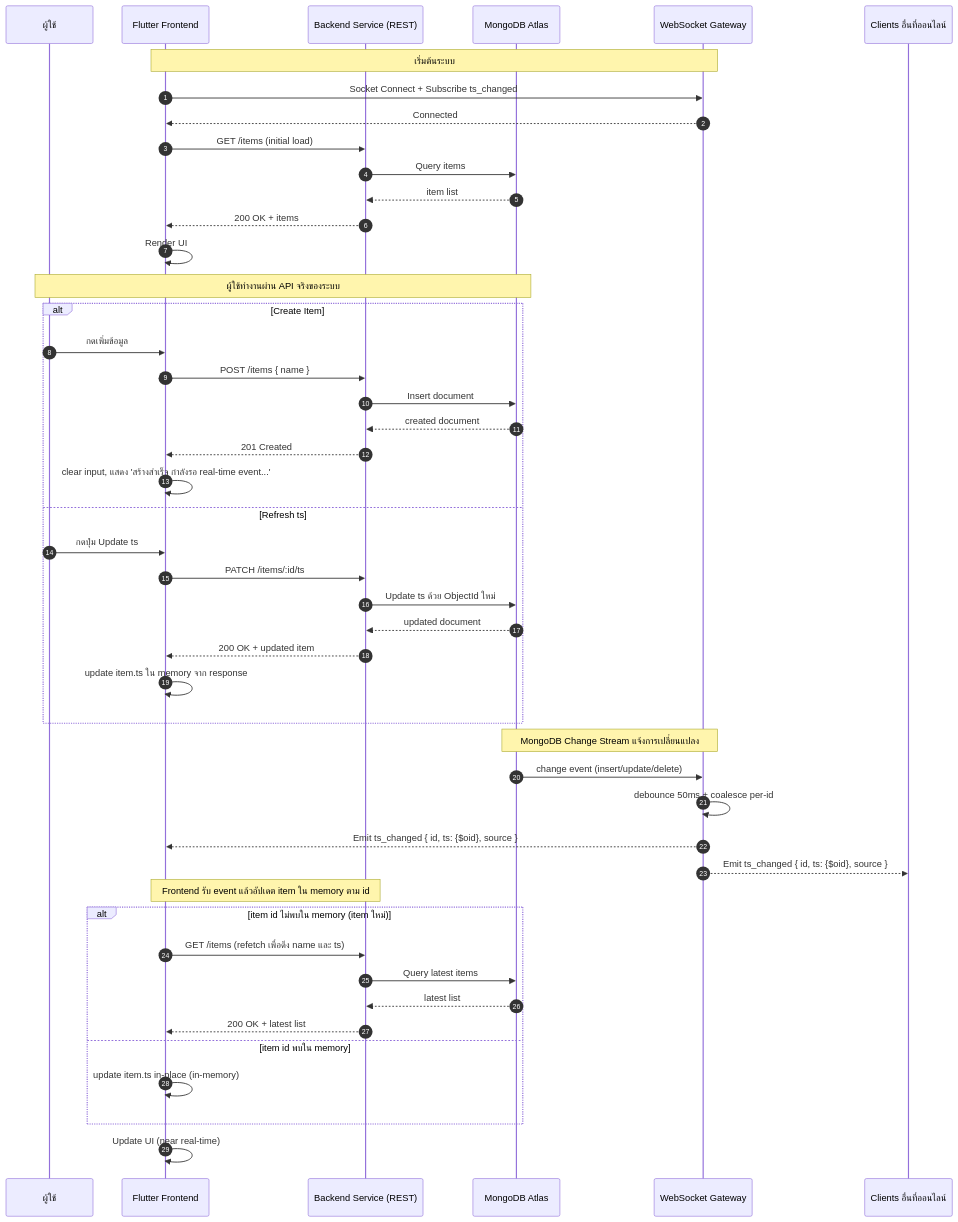
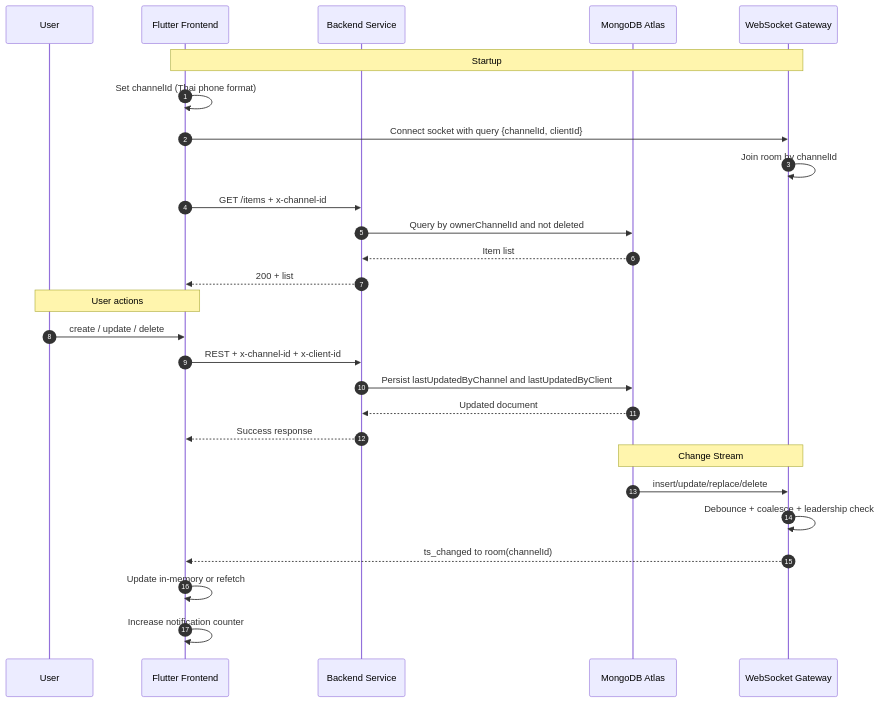
Before and after one commit to kanha-p-dev/realtime-event-system: the first of 2 diagrams in ARCHITECTURE_DIAGRAMS.md, drawn with Mermaid. The commit also changed other lines of this file and 8 other files, not shown here.

````diff
--- a/ARCHITECTURE_DIAGRAMS.md
+++ b/ARCHITECTURE_DIAGRAMS.md
@@ -18,54 +7,32 @@
 ```mermaid
 sequenceDiagram
     autonumber
-    participant User as ผู้ใช้
+    participant U as User
     participant FE as Flutter Frontend
-    participant BE as Backend Service (REST)
+    participant BE as Backend Service
     participant DB as MongoDB Atlas
     participant GW as WebSocket Gateway
-    participant Clients as Clients อื่นที่ออนไลน์
 
-    Note over FE,GW: เริ่มต้นระบบ
-    FE->>GW: Socket Connect + Subscribe ts_changed
-    GW-->>FE: Connected
-    FE->>BE: GET /items (initial load)
-    BE->>DB: Query items
-    DB-->>BE: item list
-    BE-->>FE: 200 OK + items
-    FE->>FE: Render UI
+    Note over FE,GW: Startup
+    FE->>FE: Set channelId (Thai phone format)
+    FE->>GW: Connect socket with query {channelId, clientId}
+    GW->>GW: Join room by channelId
+    FE->>BE: GET /items + x-channel-id
+    BE->>DB: Query by ownerChannelId and not deleted
+    DB-->>BE: Item list
+    BE-->>FE: 200 + list
 
-    Note over User,DB: ผู้ใช้ทำงานผ่าน API จริงของระบบ
+    Note over U,FE: User actions
+    U->>FE: create / update / delete
+    FE->>BE: REST + x-channel-id + x-client-id
+    BE->>DB: Persist lastUpdatedByChannel and lastUpdatedByClient
+    DB-->>BE: Updated document
+    BE-->>FE: Success response
 
-    alt Create Item
-        User->>FE: กดเพิ่มข้อมูล
-        FE->>BE: POST /items { name }
-        BE->>DB: Insert document
-        DB-->>BE: created document
-        BE-->>FE: 201 Created
-        FE->>FE: clear input, แสดง 'สร้างสำเร็จ กำลังรอ real-time event...'
-    else Refresh ts
-        User->>FE: กดปุ่ม Update ts
-        FE->>BE: PATCH /items/:id/ts
-        BE->>DB: Update ts ด้วย ObjectId ใหม่
-        DB-->>BE: updated document
-        BE-->>FE: 200 OK + updated item
-        FE->>FE: update item.ts ใน memory จาก response
-    end
-
-    Note over DB,GW: MongoDB Change Stream แจ้งการเปลี่ยนแปลง
-    DB->>GW: change event (insert/update/delete)
-    GW->>GW: debounce 50ms + coalesce per-id
-    GW-->>FE: Emit ts_changed { id, ts: {$oid}, source }
-    GW-->>Clients: Emit ts_changed { id, ts: {$oid}, source }
-
-    Note over FE,BE: Frontend รับ event แล้วอัปเดต item ใน memory ตาม id
-    alt item id ไม่พบใน memory (item ใหม่)
-        FE->>BE: GET /items (refetch เพื่อดึง name และ ts)
-        BE->>DB: Query latest items
-        DB-->>BE: latest list
-        BE-->>FE: 200 OK + latest list
-    else item id พบใน memory
-        FE->>FE: update item.ts in-place (in-memory)
-    end
-    FE->>FE: Update UI (near real-time)
+    Note over DB,GW: Change Stream
+    DB->>GW: insert/update/replace/delete
+    GW->>GW: Debounce + coalesce + leadership check
+    GW-->>FE: ts_changed to room(channelId)
+    FE->>FE: Update in-memory or refetch
+    FE->>FE: Increase notification counter
 ```
````
